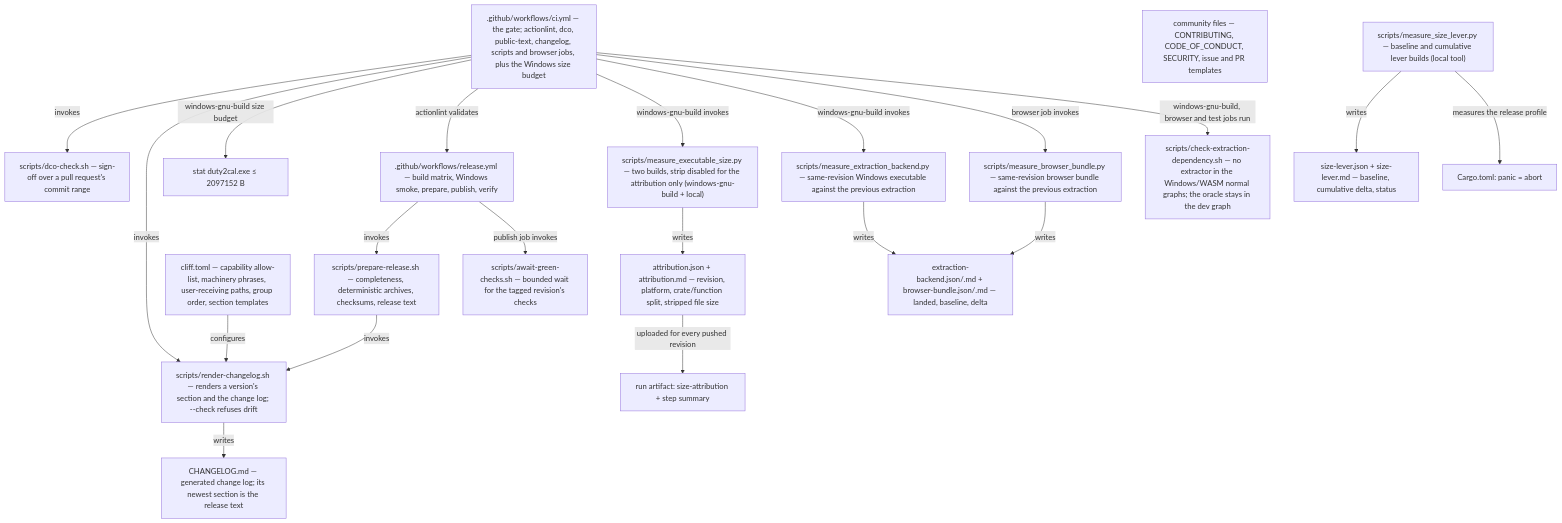
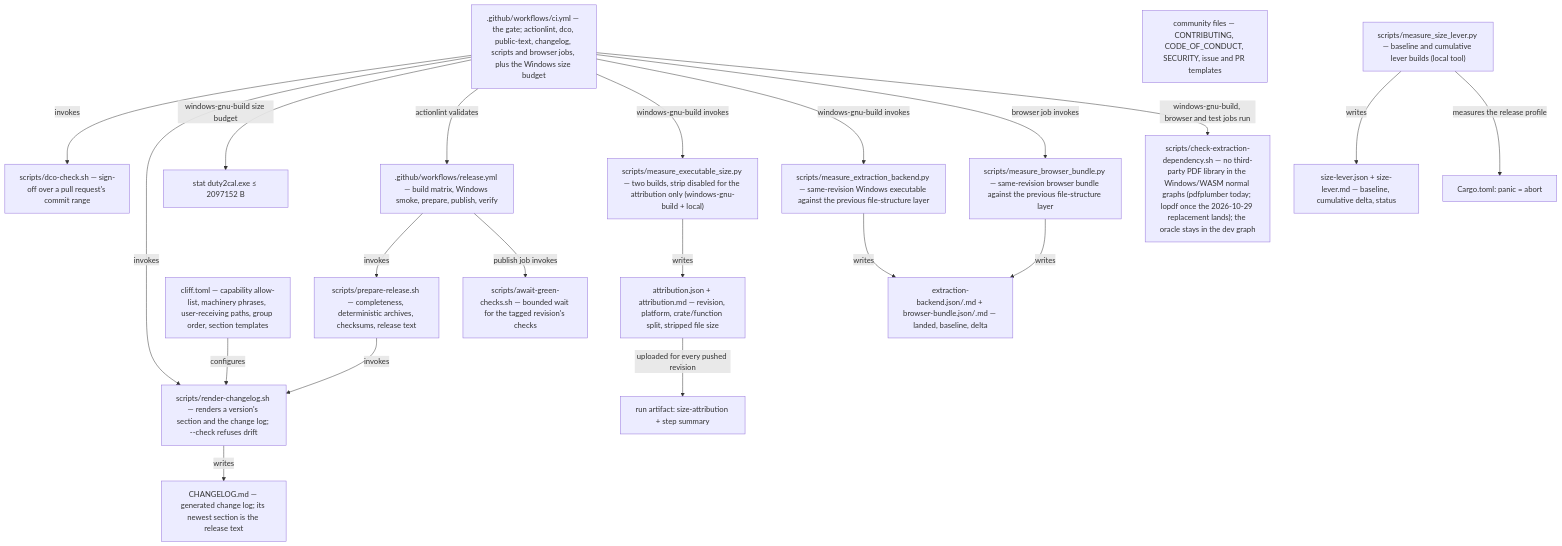
Before and after one commit to duty2cal/duty2cal: the fifth of 7 diagrams in docs/arc42/05-building-block-view.md, drawn with Mermaid. The commit also changed other lines of this file and 23 other files, not shown here.

First line of the commit message:
The converter reads the supported duty plan's file structure itself, so the Windows download and the browser bundle no longer carry a third-party PDF library while every published calendar, warning, report and refusal stays the same.

````diff
--- a/docs/arc42/05-building-block-view.md
+++ b/docs/arc42/05-building-block-view.md
@@ -167,40 +167,40 @@
 ```mermaid
 flowchart TB
   PREP["scripts/prepare-release.sh — completeness, deterministic archives, checksums, release text"]
   RENDER["scripts/render-changelog.sh — renders a version's section and the change log; --check refuses drift"]
   CONFIG["cliff.toml — capability allow-list, machinery phrases, user-receiving paths, group order, section templates"]
   LOG["CHANGELOG.md — generated change log; its newest section is the release text"]
   DCO["scripts/dco-check.sh — sign-off over a pull request's commit range"]
   GATE["scripts/await-green-checks.sh — bounded wait for the tagged revision's checks"]
   CI[".github/workflows/ci.yml — the gate; actionlint, dco, public-text, changelog, scripts and browser jobs, plus the Windows size budget"]
   REL[".github/workflows/release.yml — build matrix, Windows smoke, prepare, publish, verify"]
   COMM["community files — CONTRIBUTING, CODE_OF_CONDUCT, SECURITY, issue and PR templates"]
   MEASURE["scripts/measure_executable_size.py — two builds, strip disabled for the attribution only (windows-gnu-build + local)"]
   REPORT["attribution.json + attribution.md — revision, platform, crate/function split, stripped file size"]
   ART["run artifact: size-attribution + step summary"]
   REDUCE["scripts/measure_size_lever.py — baseline and cumulative lever builds (local tool)"]
   LEVER["size-lever.json + size-lever.md — baseline, cumulative delta, status"]
-  MBACK["scripts/measure_extraction_backend.py — same-revision Windows executable against the previous extraction"]
-  MWASM["scripts/measure_browser_bundle.py — same-revision browser bundle against the previous extraction"]
+  MBACK["scripts/measure_extraction_backend.py — same-revision Windows executable against the previous file-structure layer"]
+  MWASM["scripts/measure_browser_bundle.py — same-revision browser bundle against the previous file-structure layer"]
   MREP["extraction-backend.json/.md + browser-bundle.json/.md — landed, baseline, delta"]
-  GRAPH["scripts/check-extraction-dependency.sh — no extractor in the Windows/WASM normal graphs; the oracle stays in the dev graph"]
+  GRAPH["scripts/check-extraction-dependency.sh — no third-party PDF library in the Windows/WASM normal graphs (pdfplumber today; lopdf once the 2026-10-29 replacement lands); the oracle stays in the dev graph"]
   REL -->|invokes| PREP
   PREP -->|invokes| RENDER
   REL -->|publish job invokes| GATE
   CONFIG -->|configures| RENDER
   RENDER -->|writes| LOG
   CI -->|invokes| DCO
   CI -->|invokes| RENDER
   CI -->|"windows-gnu-build size budget"| WINBUDGET["stat duty2cal.exe ≤ 2097152 B"]
   CI -->|actionlint validates| REL
   CI -->|"windows-gnu-build invokes"| MEASURE
   MEASURE -->|writes| REPORT
   REPORT -->|"uploaded for every pushed revision"| ART
   REDUCE -->|writes| LEVER
   REDUCE -->|"measures the release profile"| PRODUCT["Cargo.toml: panic = abort"]
   CI -->|"windows-gnu-build invokes"| MBACK
   CI -->|"browser job invokes"| MWASM
   MBACK -->|writes| MREP
   MWASM -->|writes| MREP
   CI -->|"windows-gnu-build, browser and test jobs run"| GRAPH
 ```
````
